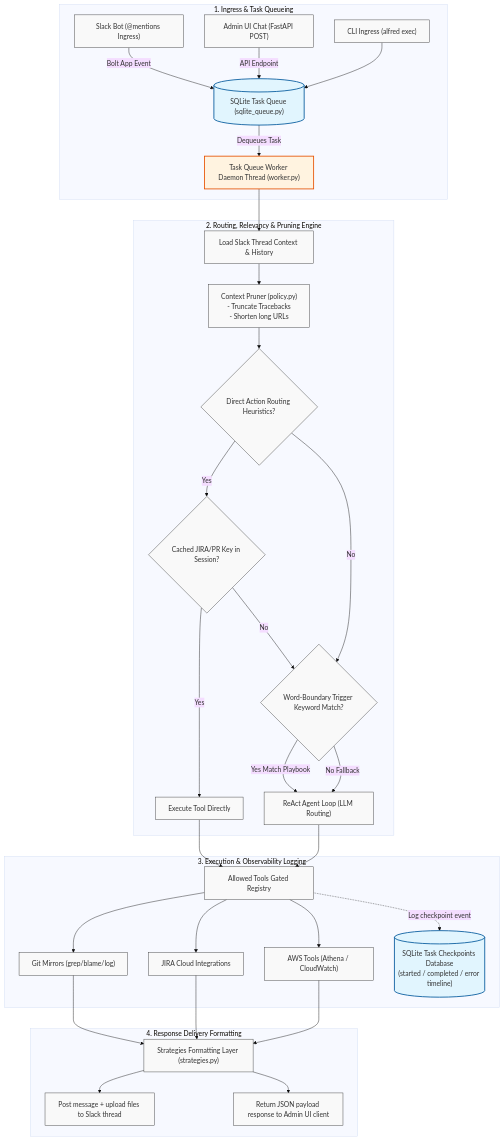
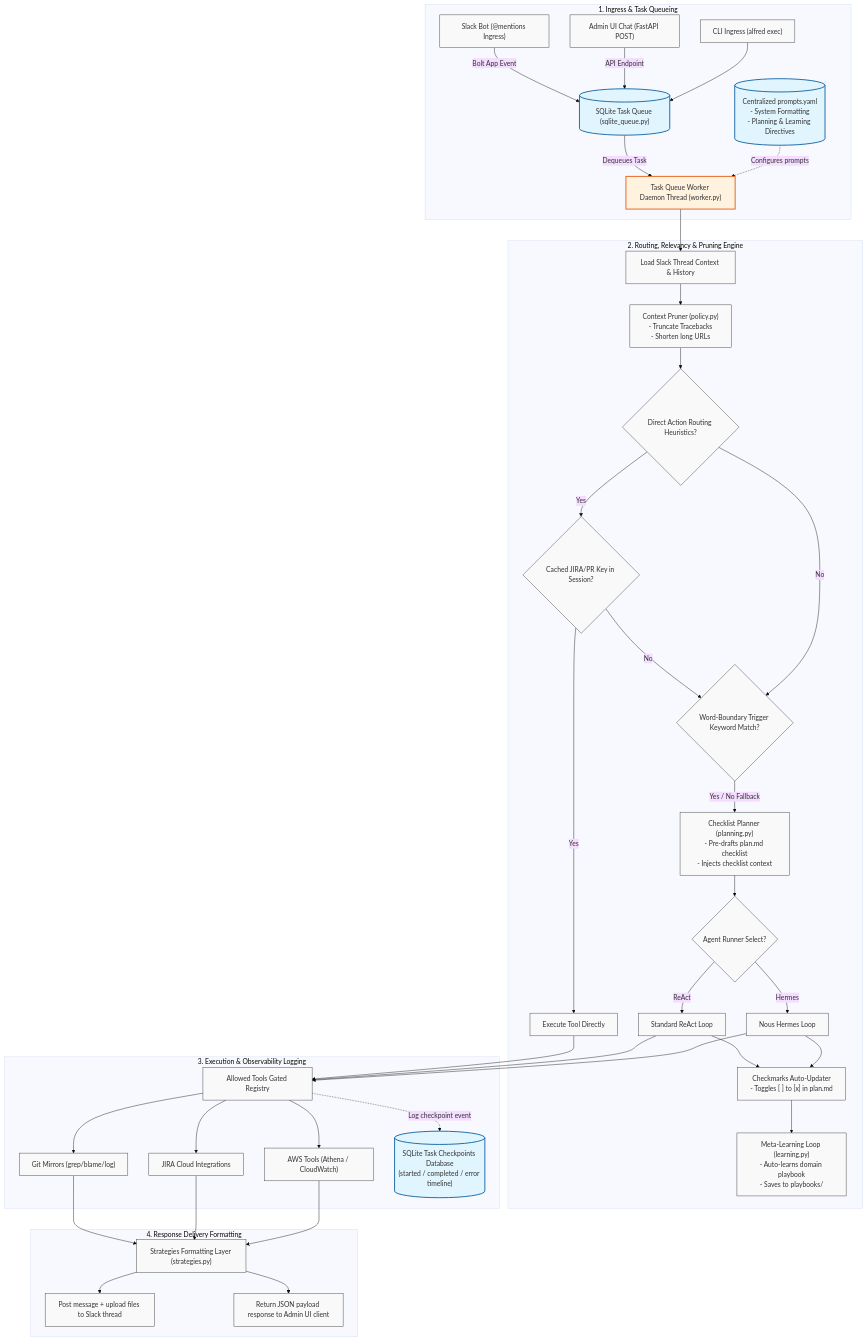
Before and after one commit to Amit3200/alfred: the second of 2 diagrams in docs/build-reference/building_phase_v0.md, drawn with Mermaid (base theme). The commit also changed other lines of this file and 41 other files, not shown here.

Commit message:
feat: implement planning checklist mode, Hermes runner, yaml prompts, B&W logo, and 90-day Slack search

````diff
--- a/docs/build-reference/building_phase_v0.md
+++ b/docs/build-reference/building_phase_v0.md
@@ -210,6 +212,7 @@
         Slack["Slack Bot (@mentions Ingress)"]
         UI["Admin UI Chat (FastAPI POST)"]
         CLI["CLI Ingress (alfred exec)"]
+        Prompts[("Centralized prompts.yaml\n- System Formatting\n- Planning & Learning Directives")]
         Queue[("SQLite Task Queue (sqlite_queue.py)")]
         Worker["Task Queue Worker Daemon Thread (worker.py)"]
     end
@@ -218,6 +221,7 @@
     UI -->|API Endpoint| Queue
     CLI --> Queue
     Queue -->|Dequeues Task| Worker
+    Prompts -.->|Configures prompts| Worker
 
     %% Context, Routing & Pruning Layer
     subgraph Engine ["2. Routing, Relevancy & Pruning Engine"]
@@ -227,7 +231,16 @@
         CacheLookup{"Cached JIRA/PR Key in Session?"}
         DirectExec["Execute Tool Directly"]
         KeywordMatcher{"Word-Boundary Trigger Keyword Match?"}
-        ReActLoop["ReAct Agent Loop (LLM Routing)"]
+        
+        %% Planning & Running Engine
+        Planner["Checklist Planner (planning.py)\n- Pre-drafts plan.md checklist\n- Injects checklist context"]
+        RunnerSelect{"Agent Runner Select?"}
+        ReActLoop["Standard ReAct Loop"]
+        HermesLoop["Nous Hermes Loop"]
+        Updater["Checkmarks Auto-Updater\n- Toggles [ ] to [x] in plan.md"]
+        
+        %% Self-Improving Learning
+        Learner["Meta-Learning Loop (learning.py)\n- Auto-learns domain playbook\n- Saves to playbooks/"]
     end
 
     Worker --> Context
@@ -239,8 +252,13 @@
     CacheLookup -->|No| KeywordMatcher
     DirectRouter -->|No| KeywordMatcher
     
-    KeywordMatcher -->|Yes Match Playbook| ReActLoop
-    KeywordMatcher -->|No Fallback| ReActLoop
+    KeywordMatcher -->|Yes / No Fallback| Planner
+    Planner --> RunnerSelect
+    RunnerSelect -->|ReAct| ReActLoop
+    RunnerSelect -->|Hermes| HermesLoop
+
+    ReActLoop & HermesLoop --> Updater
+    Updater --> Learner
 
     %% Execution & Monitoring Layer
     subgraph Execution ["3. Execution & Observability Logging"]
@@ -252,7 +270,7 @@
     end
 
     DirectExec --> Tools
-    ReActLoop --> Tools
+    ReActLoop & HermesLoop --> Tools
     Tools --> GitMirror & JIRA & AWS
     Tools -.->|Log checkpoint event| Checkpoints
 
@@ -270,6 +288,6 @@
     classDef default fill:#f9f9f9,stroke:#333,stroke-width:1px;
     classDef database fill:#e1f5fe,stroke:#01579b,stroke-width:2px;
     classDef worker fill:#fff3e0,stroke:#e65100,stroke-width:2px;
-    class Queue,Checkpoints database;
+    class Queue,Checkpoints,Prompts database;
     class Worker worker;
 ```
````
